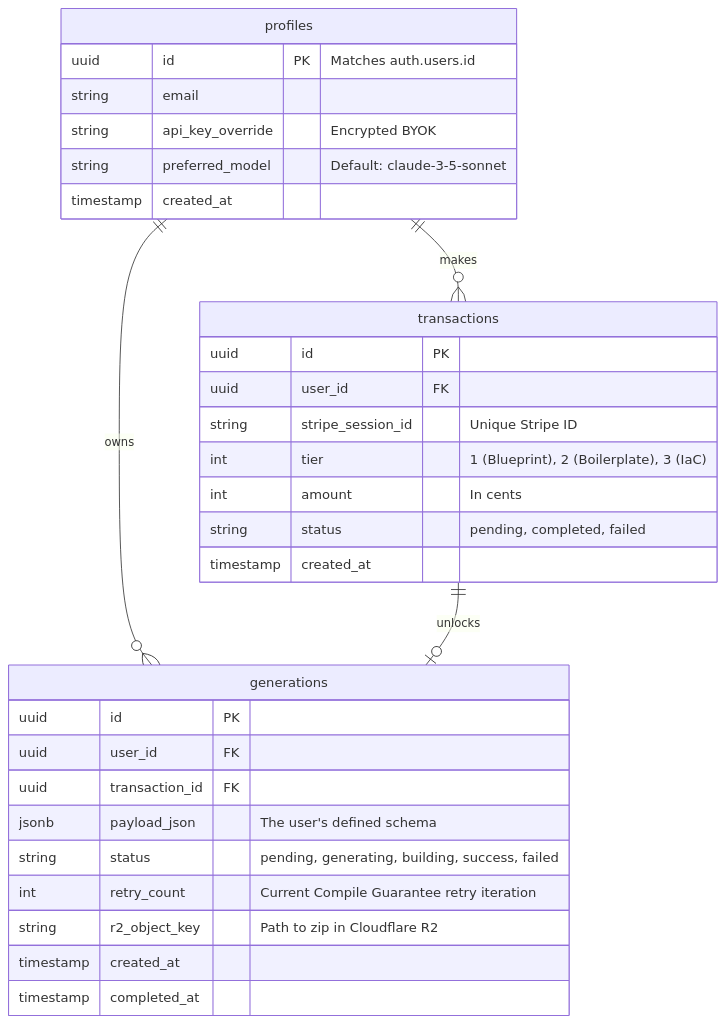
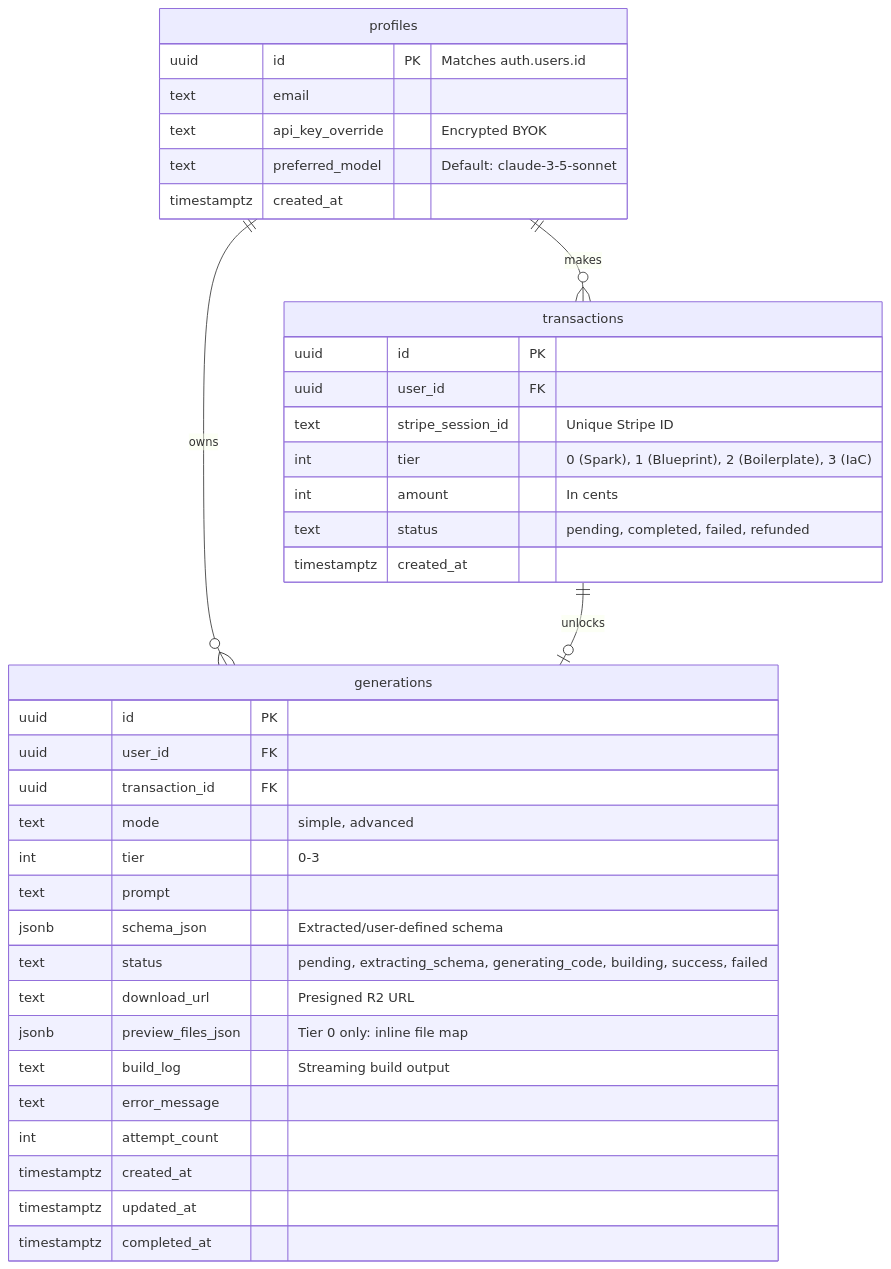
Before and after one commit to stevenfackley/StackAlchemist: the diagram in docs/architecture/Database ERD.md, drawn with Mermaid. The commit also changed other lines of this file and 13 other files, not shown here.

First line of the commit message:
feat: close Phase 4 gaps — Supabase schema, LLM schema extraction, build log streaming

````diff
--- a/docs/architecture/Database ERD.md
+++ b/docs/architecture/Database ERD.md
@@ -7,38 +7,45 @@
 ```mermaid
 erDiagram
     %% Entities
     profiles {
         uuid id PK "Matches auth.users.id"
-        string email
-        string api_key_override "Encrypted BYOK"
-        string preferred_model "Default: claude-3-5-sonnet"
-        timestamp created_at
+        text email
+        text api_key_override "Encrypted BYOK"
+        text preferred_model "Default: claude-3-5-sonnet"
+        timestamptz created_at
     }
 
     transactions {
         uuid id PK
         uuid user_id FK
-        string stripe_session_id "Unique Stripe ID"
-        int tier "1 (Blueprint), 2 (Boilerplate), 3 (IaC)"
+        text stripe_session_id "Unique Stripe ID"
+        int tier "0 (Spark), 1 (Blueprint), 2 (Boilerplate), 3 (IaC)"
         int amount "In cents"
-        string status "pending, completed, failed"
-        timestamp created_at
+        text status "pending, completed, failed, refunded"
+        timestamptz created_at
     }
 
     generations {
         uuid id PK
         uuid user_id FK
         uuid transaction_id FK
-        jsonb payload_json "The user's defined schema"
-        string status "pending, generating, building, success, failed"
-        int retry_count "Current Compile Guarantee retry iteration"
-        string r2_object_key "Path to zip in Cloudflare R2"
-        timestamp created_at
-        timestamp completed_at
+        text mode "simple, advanced"
+        int tier "0-3"
+        text prompt
+        jsonb schema_json "Extracted/user-defined schema"
+        text status "pending, extracting_schema, generating_code, building, success, failed"
+        text download_url "Presigned R2 URL"
+        jsonb preview_files_json "Tier 0 only: inline file map"
+        text build_log "Streaming build output"
+        text error_message
+        int attempt_count
+        timestamptz created_at
+        timestamptz updated_at
+        timestamptz completed_at
     }
 
     %% Relationships
     profiles ||--o{ transactions : "makes"
     profiles ||--o{ generations : "owns"
     transactions ||--o| generations : "unlocks"
 ```
````
